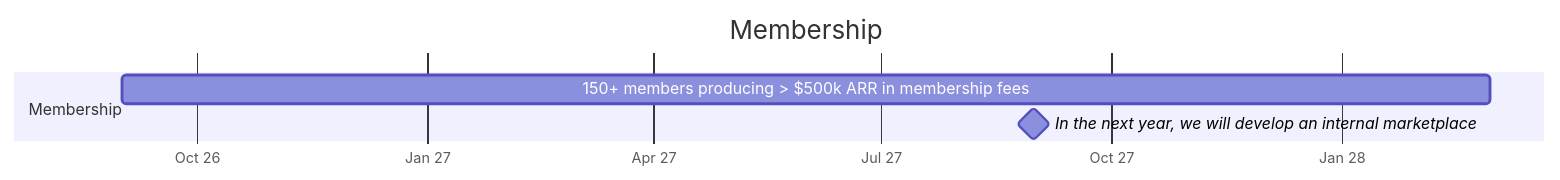
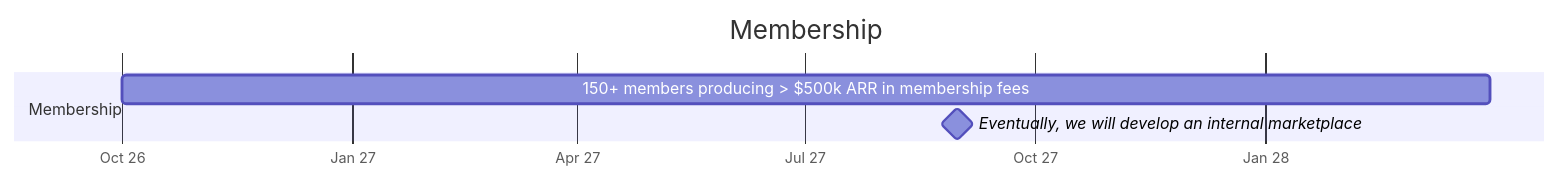
The third of 9 diagrams in guild/ONE-GUILD.md (jameslbarnes/oneguild), drawn with Mermaid before and after one commit. The commit also changed other lines of this file and 28 other files, not shown here.

Commit message:
Guild: dates & numbers interview pass 1, UnLimited Partners rename, raise on timeline

````diff
--- a/guild/ONE-GUILD.md
+++ b/guild/ONE-GUILD.md
@@ -376,10 +385,10 @@
 ```mermaid
 gantt
   title Membership
   dateFormat YYYY-MM-DD
   axisFormat %b %y
   todayMarker stroke-width:2px,stroke:#d33
   section Membership
-    150+ members producing > $500k ARR in membership fees :2026-09-01, 2028-02-29
-    In the next year, we will develop an internal marketplace :milestone, 2027-08-31, 0d
+    150+ members producing > $500k ARR in membership fees :2026-10-01, 2028-03-31
+    Eventually, we will develop an internal marketplace :milestone, 2027-08-31, 0d
 ```
````
